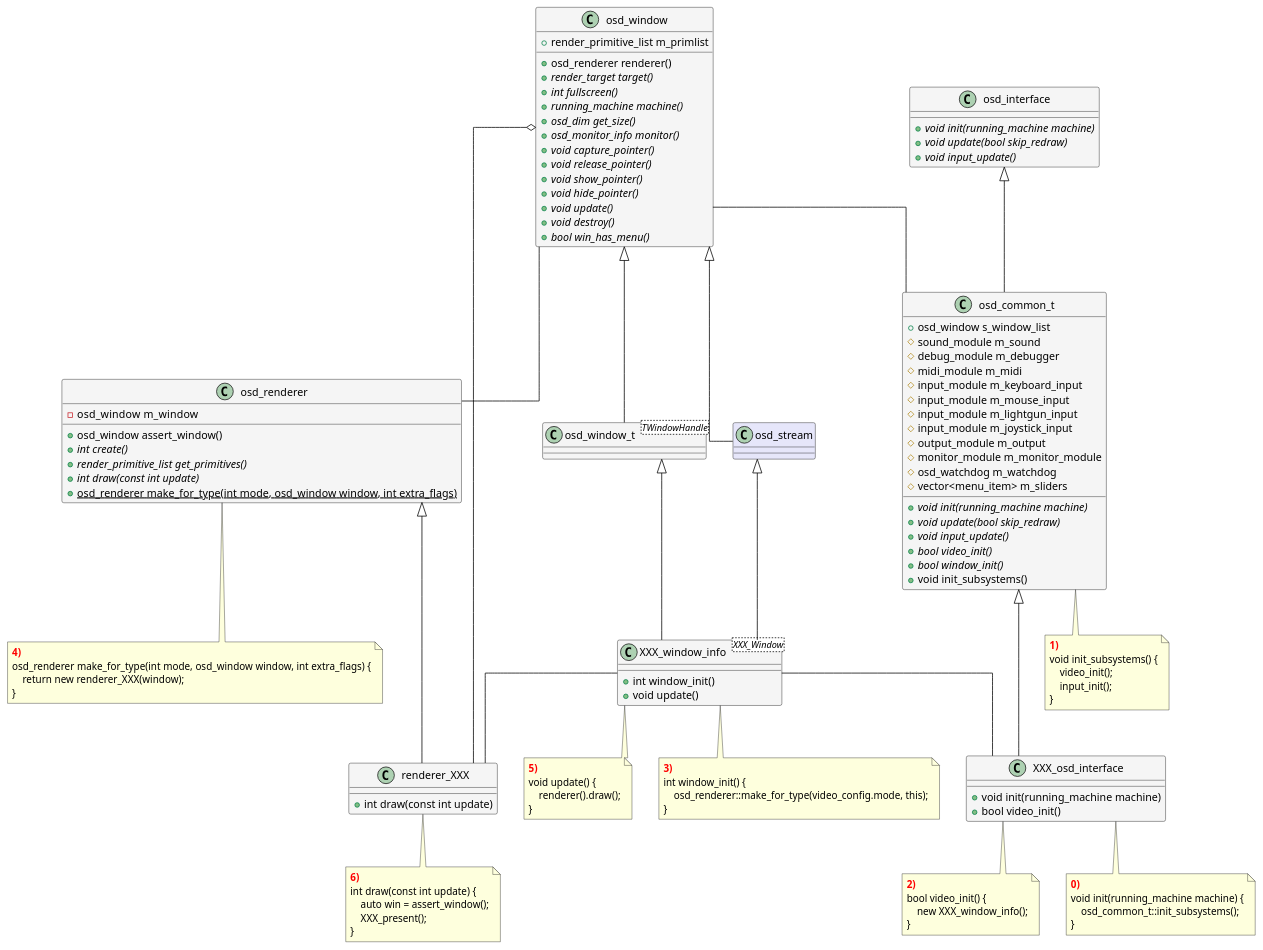
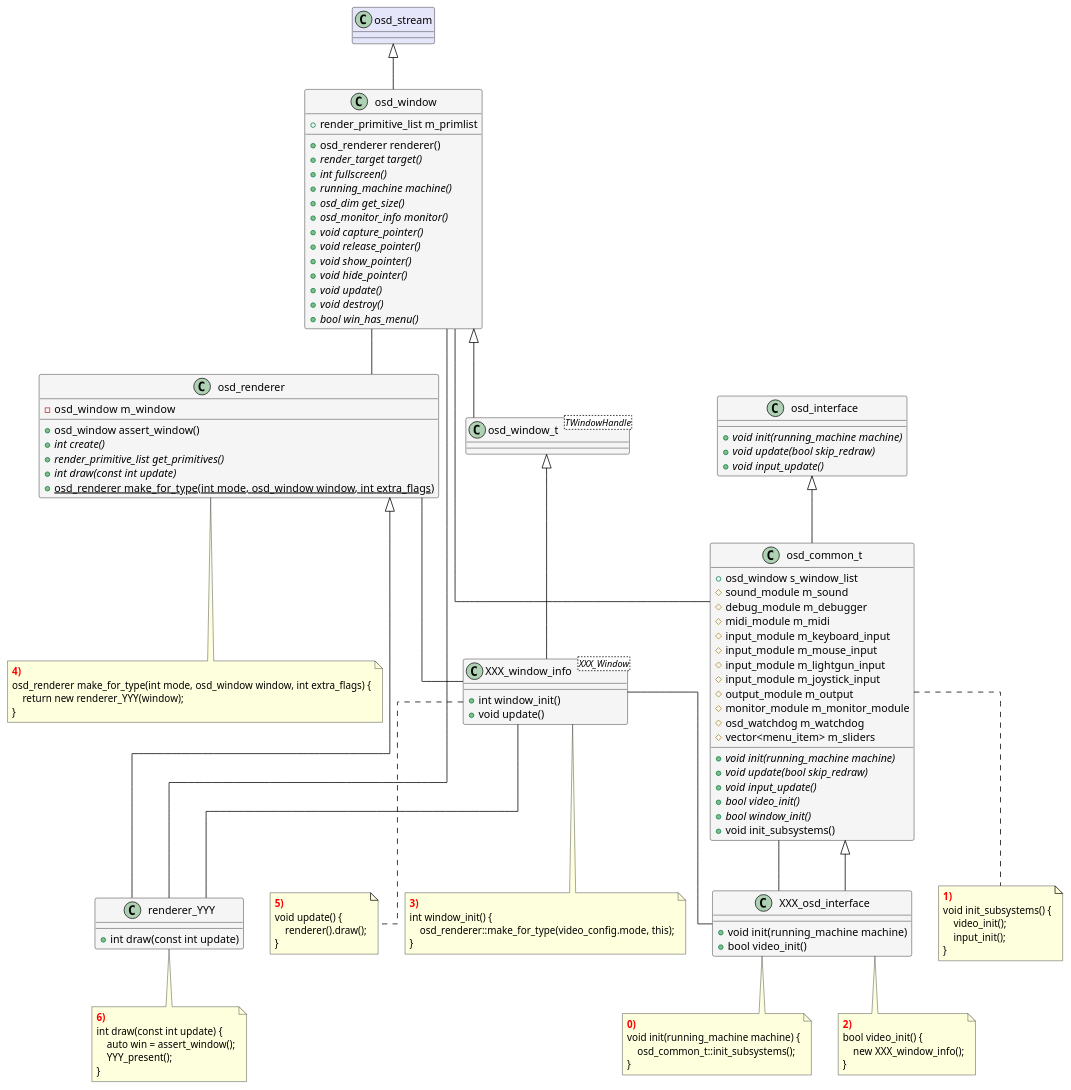
The diagram in Streaming/mame.puml (mikymaione/MAMEStreamingPlatform), drawn with PlantUML before and after one commit.

```diff
--- a/Streaming/mame.puml
+++ b/Streaming/mame.puml
@@ -1,164 +1,153 @@
 @startuml mame
 
-page 2x1
-
-skinparam linetype ortho
+skinparam LineType ortho
 skinparam ArrowColor black
-skinparam shadowing false
+skinparam Shadowing false
 
 skinparam class {
     BackgroundColor WhiteSmoke
     BorderColor black
 }
-
-skinparam package {
-    BackgroundColor Linen
-}
-
-set namespaceSeparator ::
 
 class osd_renderer {
     -osd_window  m_window
     +osd_window assert_window()
     {abstract} +int create()
     {abstract} +render_primitive_list get_primitives()
     {abstract} +int draw(const int update)
     {static} +osd_renderer make_for_type(int mode, osd_window window, int extra_flags)
 }
 
 note as note_osd_renderer_make_for_type
 <b><color:Red>4)</color></b>
 osd_renderer make_for_type(int mode, osd_window window, int extra_flags) {
-    return new renderer_XXX(window);
+    return new renderer_YYY(window);
 }
 end note
 
-class renderer_XXX extends osd_renderer {
+class renderer_YYY extends osd_renderer {
     +int draw(const int update)
 }
 
-note as note_renderer_XXX
+note as note_renderer_YYY
 <b><color:Red>6)</color></b>
 int draw(const int update) {
     auto win = assert_window();
-    XXX_present();
+    YYY_present();
 }
 end note
 
-osd_window o-- renderer_XXX
+osd_window -- renderer_YYY
 osd_window -- osd_renderer
 
 class osd_window_t<TWindowHandle> extends osd_window
 
-XXX_window_info -- renderer_XXX
+XXX_window_info -- renderer_YYY
 
-class osd_window {    
+class osd_stream #Lavender
+
+class osd_window extends osd_stream {    
     +render_primitive_list m_primlist
     +osd_renderer renderer()        
     {abstract} +render_target target()
     {abstract} +int fullscreen()
     {abstract} +running_machine machine()
     {abstract} +osd_dim get_size()
     {abstract} +osd_monitor_info monitor()
     {abstract} +void capture_pointer()
     {abstract} +void release_pointer()
     {abstract} +void show_pointer()
     {abstract} +void hide_pointer()
     {abstract} +void update()
     {abstract} +void destroy()
     {abstract} +bool win_has_menu()
 }
 
-osd_stream <|-- XXX_window_info
-
-class osd_stream #Lavender extends osd_window
-
-class XXX_window_info<XXX_Window> {    
+class XXX_window_info<XXX_Window> extends osd_window_t {    
     +int window_init()
     +void update()
 }
 
-osd_window_t <|-- XXX_window_info
-osd_common_t <|-- XXX_osd_interface
+osd_renderer -- XXX_window_info
+osd_common_t -- XXX_osd_interface
 XXX_window_info -- XXX_osd_interface
 
-class XXX_osd_interface {
+class XXX_osd_interface extends osd_common_t {
     +void init(running_machine machine)
     +bool video_init()
 }
 
 note as note_5_XXX_window_info
 <b><color:Red>5)</color></b>
 void update() {
     renderer().draw();
 }
 end note
 
 note as note_4_XXX_window_info
 <b><color:Red>3)</color></b>
 int window_init() {
     osd_renderer::make_for_type(video_config.mode, this);
 }
 end note
 
 note as note_2_XXX_osd_interface
 <b><color:Red>2)</color></b>
 bool video_init() {
     new XXX_window_info();
 }
 end note
 
 osd_window -- osd_common_t
-osd_interface <|-- osd_common_t
 
 class osd_interface {
 	{abstract} +void init(running_machine machine)
 	{abstract} +void update(bool skip_redraw)
 	{abstract} +void input_update()
 }
 
-class osd_common_t {
+class osd_common_t extends osd_interface {
     +osd_window s_window_list
     #sound_module m_sound
     #debug_module m_debugger
     #midi_module m_midi
     #input_module m_keyboard_input
     #input_module m_mouse_input
     #input_module m_lightgun_input
     #input_module m_joystick_input
     #output_module m_output
     #monitor_module m_monitor_module
     #osd_watchdog m_watchdog
     #vector<menu_item> m_sliders
     {abstract} + void init(running_machine machine)
     {abstract} + void update(bool skip_redraw)
     {abstract} + void input_update()
     {abstract} +bool video_init()
     {abstract} +bool window_init()
     +void init_subsystems()
 }
 
 note as note_osd_common_t_init_subsystems
 <b><color:Red>1)</color></b>
 void init_subsystems() {
     video_init();
     input_init();
 }
 end note
 
 note as note_XXX_osd_interface_init
 <b><color:Red>0)</color></b>
 void init(running_machine machine) {
     osd_common_t::init_subsystems();
 }
 end note
 
 osd_renderer .. note_osd_renderer_make_for_type
 osd_common_t .. note_osd_common_t_init_subsystems
-renderer_XXX .. note_renderer_XXX
+renderer_YYY .. note_renderer_YYY
 XXX_osd_interface .. note_2_XXX_osd_interface
 XXX_osd_interface .. note_XXX_osd_interface_init
 XXX_window_info .. note_4_XXX_window_info
 XXX_window_info .. note_5_XXX_window_info
 
 @enduml
```
